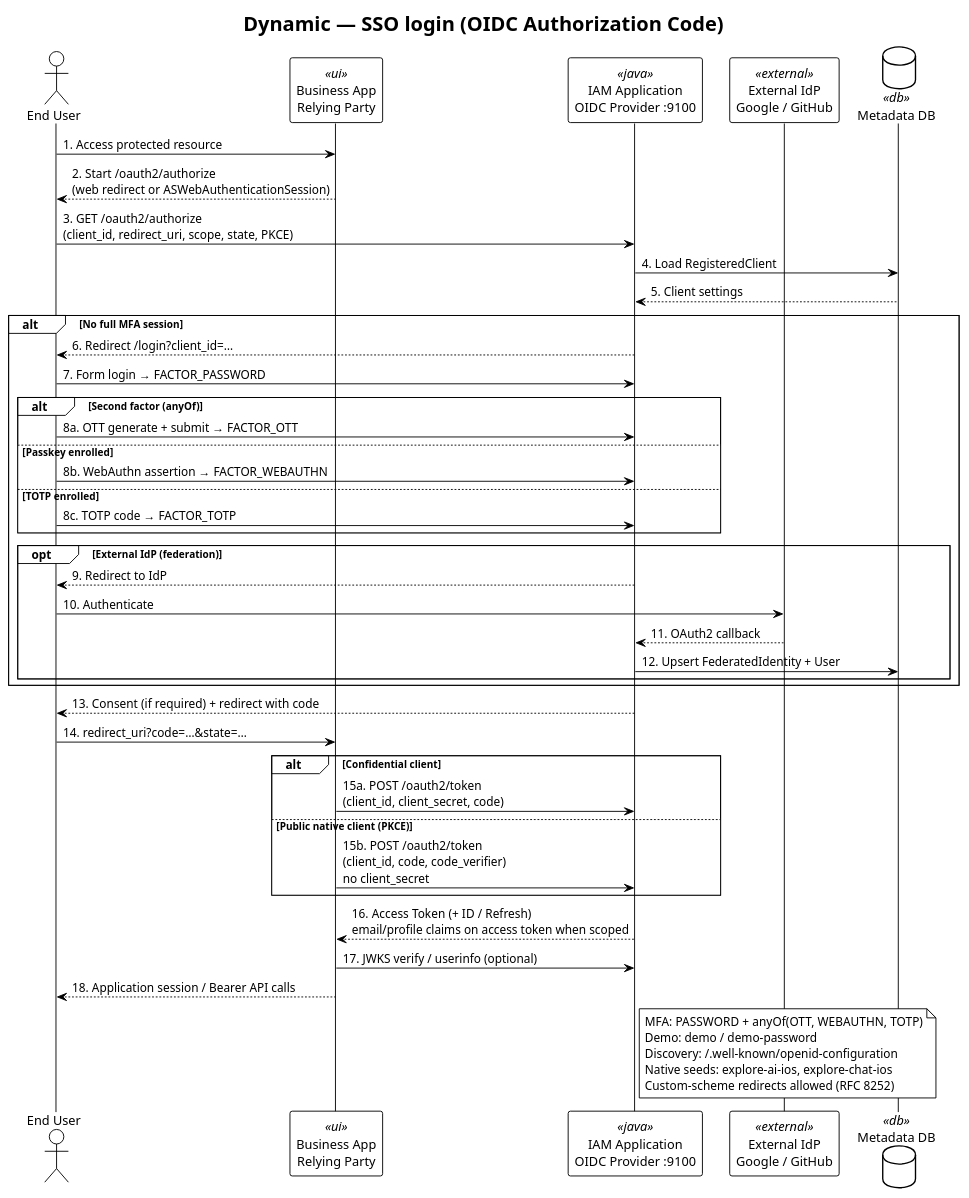
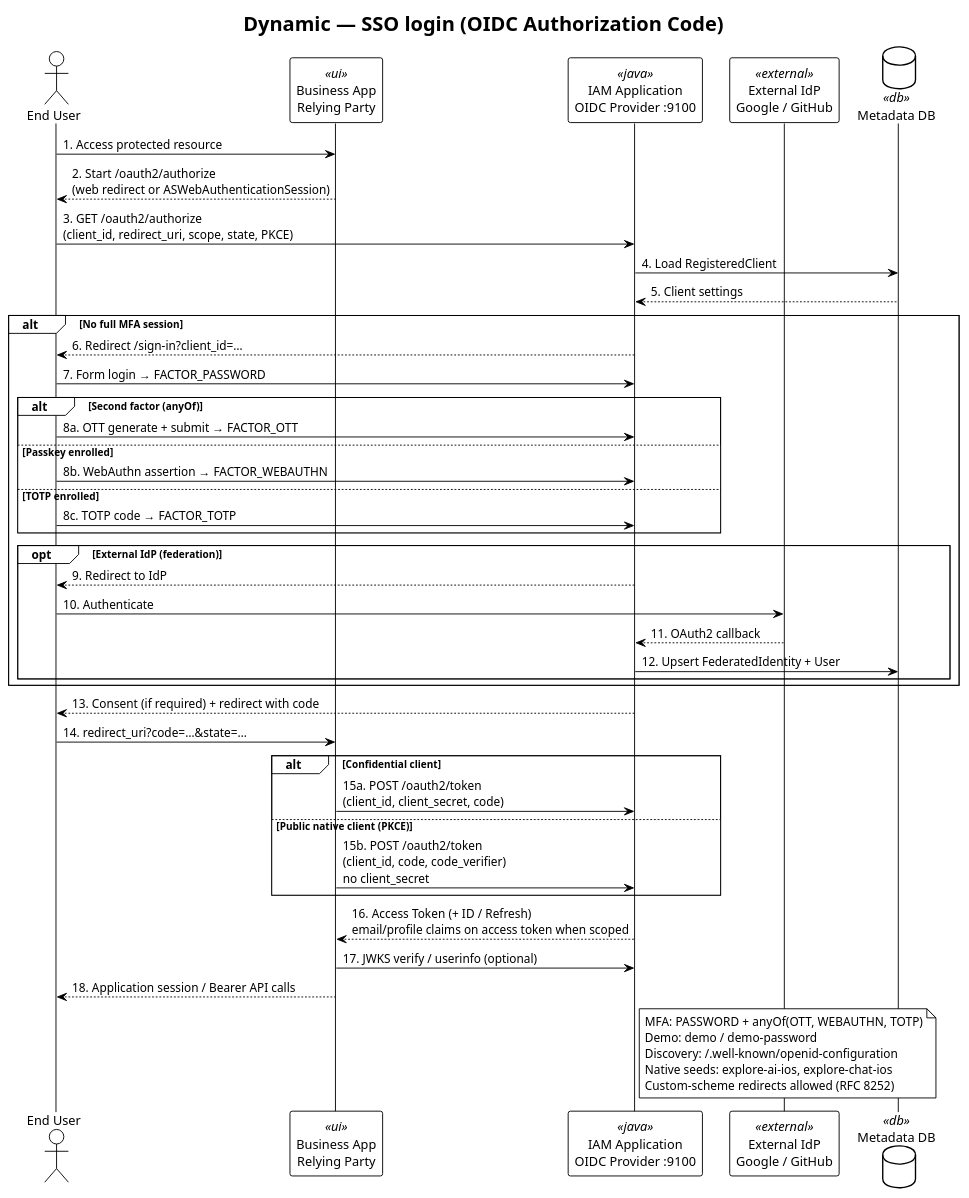
Before and after one commit to felixzhu97/explore-workspace: the diagram in iam/docs/developer/c4-model/C4-Dynamic-SSOLogin.puml, drawn with PlantUML. The commit also changed 29 other files, not shown here.

```diff
--- a/iam/docs/developer/c4-model/C4-Dynamic-SSOLogin.puml
+++ b/iam/docs/developer/c4-model/C4-Dynamic-SSOLogin.puml
@@ -1,55 +1,55 @@
 @startuml C4-Dynamic-SSOLogin
 !theme plain
 skinparam backgroundColor #FFFFFF
 skinparam shadowing false
 
 title Dynamic — SSO login (OIDC Authorization Code)
 
 actor "End User" as user
 participant "Business App\nRelying Party" as app <<ui>>
 participant "IAM Application\nOIDC Provider :9100" as iam <<java>>
 participant "External IdP\nGoogle / GitHub" as idp <<external>>
 database "Metadata DB" as db <<db>>
 
 user -> app: 1. Access protected resource
 app --> user: 2. Start /oauth2/authorize\n(web redirect or ASWebAuthenticationSession)
 user -> iam: 3. GET /oauth2/authorize\n(client_id, redirect_uri, scope, state, PKCE)
 iam -> db: 4. Load RegisteredClient
 db --> iam: 5. Client settings
 alt No full MFA session
-  iam --> user: 6. Redirect /login?client_id=…
+  iam --> user: 6. Redirect /sign-in?client_id=…
   user -> iam: 7. Form login → FACTOR_PASSWORD
   alt Second factor (anyOf)
     user -> iam: 8a. OTT generate + submit → FACTOR_OTT
   else Passkey enrolled
     user -> iam: 8b. WebAuthn assertion → FACTOR_WEBAUTHN
   else TOTP enrolled
     user -> iam: 8c. TOTP code → FACTOR_TOTP
   end
   opt External IdP (federation)
     iam --> user: 9. Redirect to IdP
     user -> idp: 10. Authenticate
     idp --> iam: 11. OAuth2 callback
     iam -> db: 12. Upsert FederatedIdentity + User
   end
 end
 iam --> user: 13. Consent (if required) + redirect with code
 user -> app: 14. redirect_uri?code=…&state=…
 alt Confidential client
   app -> iam: 15a. POST /oauth2/token\n(client_id, client_secret, code)
 else Public native client (PKCE)
   app -> iam: 15b. POST /oauth2/token\n(client_id, code, code_verifier)\nno client_secret
 end
 iam --> app: 16. Access Token (+ ID / Refresh)\nemail/profile claims on access token when scoped
 app -> iam: 17. JWKS verify / userinfo (optional)
 app --> user: 18. Application session / Bearer API calls
 
 note right of iam
   MFA: PASSWORD + anyOf(OTT, WEBAUTHN, TOTP)
   Demo: demo / demo-password
   Discovery: /.well-known/openid-configuration
   Native seeds: explore-ai-ios, explore-chat-ios
   Custom-scheme redirects allowed (RFC 8252)
 end note
 
 @enduml
```
